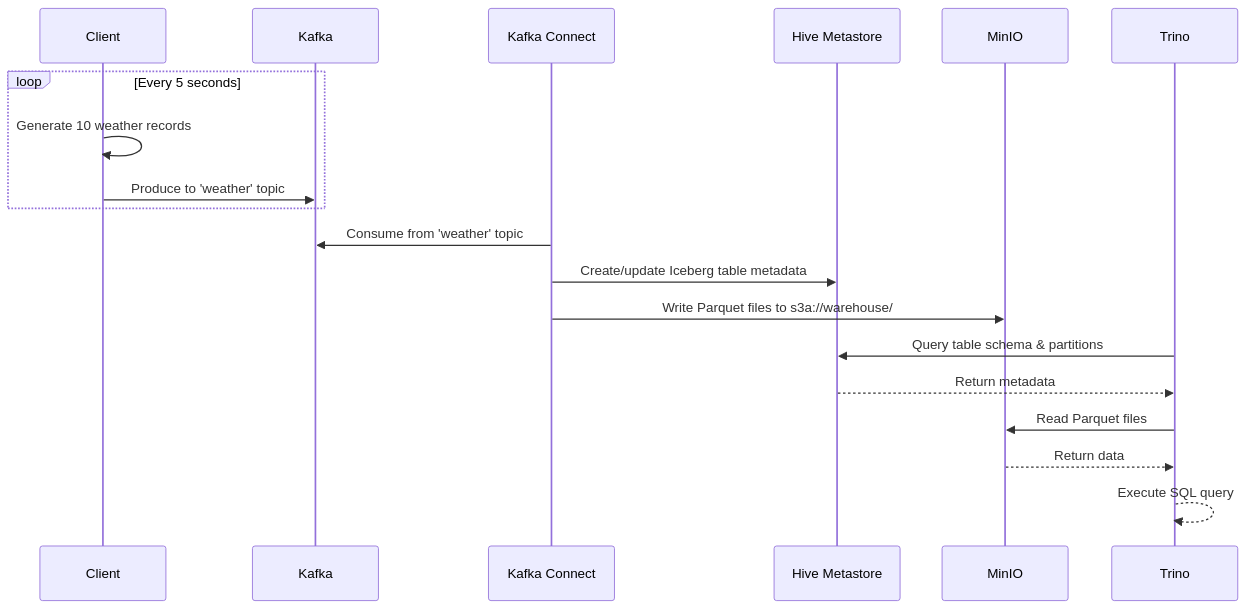
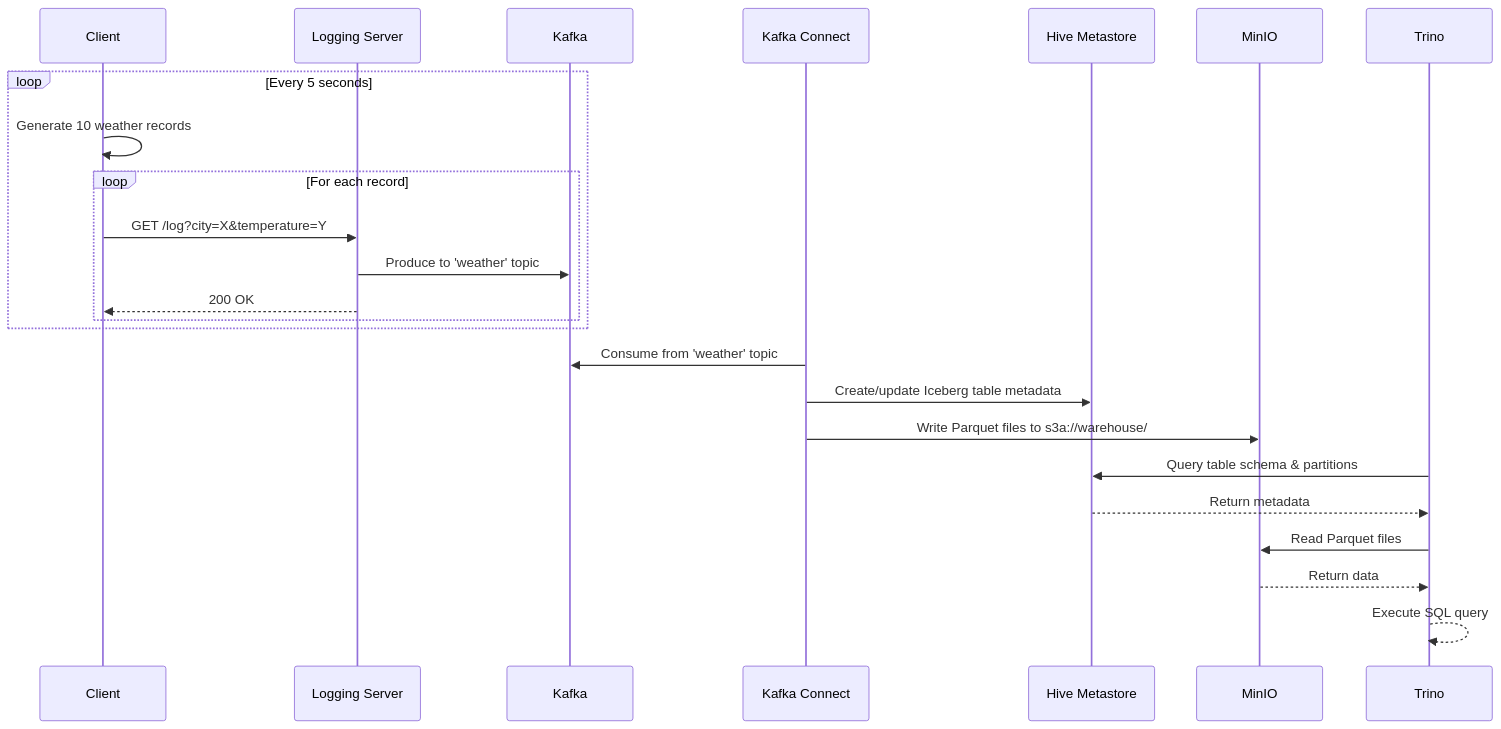
One commit to rejithry/data-pipeline-cursor changed the second of 2 diagrams in PLAN.md. Above: the diagram before and after it, drawn with Mermaid. The commit also changed other lines of this file and 9 other files, not shown here.

Commit message:
Add logging server, update client to use HTTP, fix Kafka Connect dependencies, update ts format to YYYY-MM-DD-HH

````diff
--- a/PLAN.md
+++ b/PLAN.md
@@ -41,24 +43,29 @@
 ```mermaid
 sequenceDiagram
     participant C as Client
+    participant LS as Logging Server
     participant K as Kafka
     participant KC as Kafka Connect
     participant HMS as Hive Metastore
     participant M as MinIO
     participant T as Trino
     
     loop Every 5 seconds
         C->>C: Generate 10 weather records
-        C->>K: Produce to 'weather' topic
+        loop For each record
+            C->>LS: GET /log?city=X&temperature=Y
+            LS->>K: Produce to 'weather' topic
+            LS-->>C: 200 OK
+        end
     end
     
     KC->>K: Consume from 'weather' topic
     KC->>HMS: Create/update Iceberg table metadata
     KC->>M: Write Parquet files to s3a://warehouse/
     
     T->>HMS: Query table schema & partitions
     HMS-->>T: Return metadata
     T->>M: Read Parquet files
     M-->>T: Return data
     T-->>T: Execute SQL query
 ```
````
